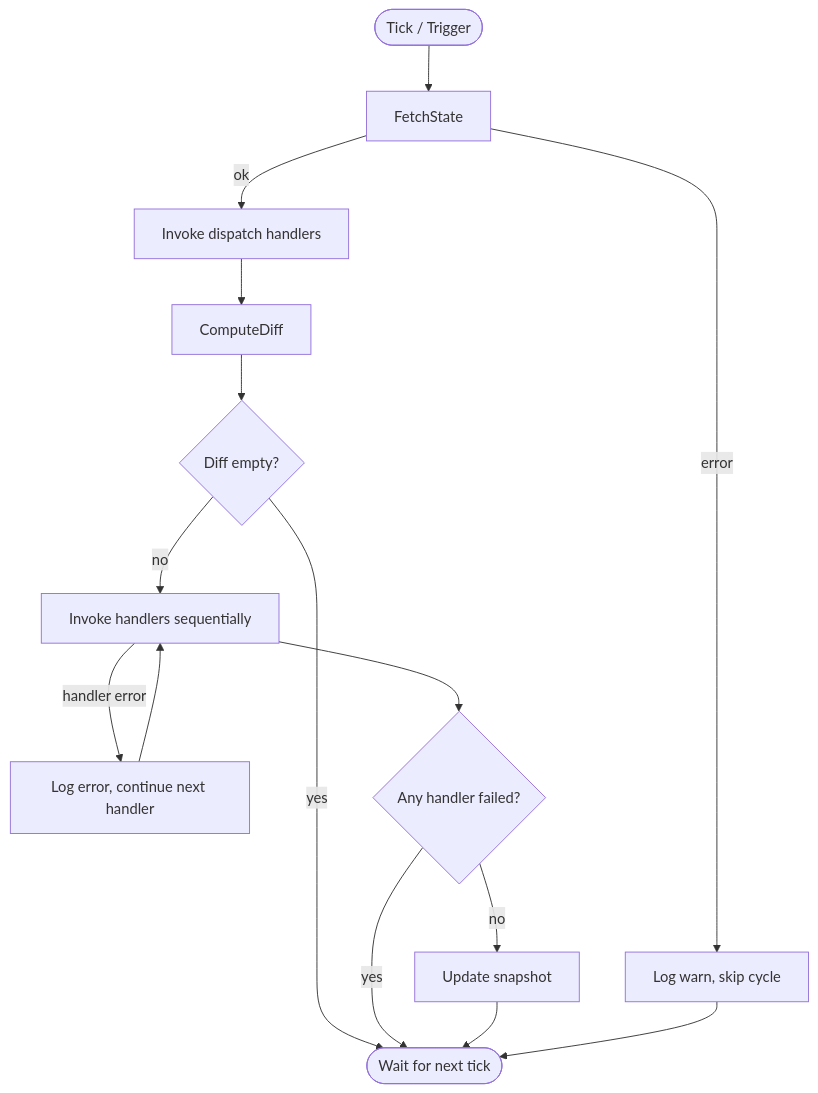
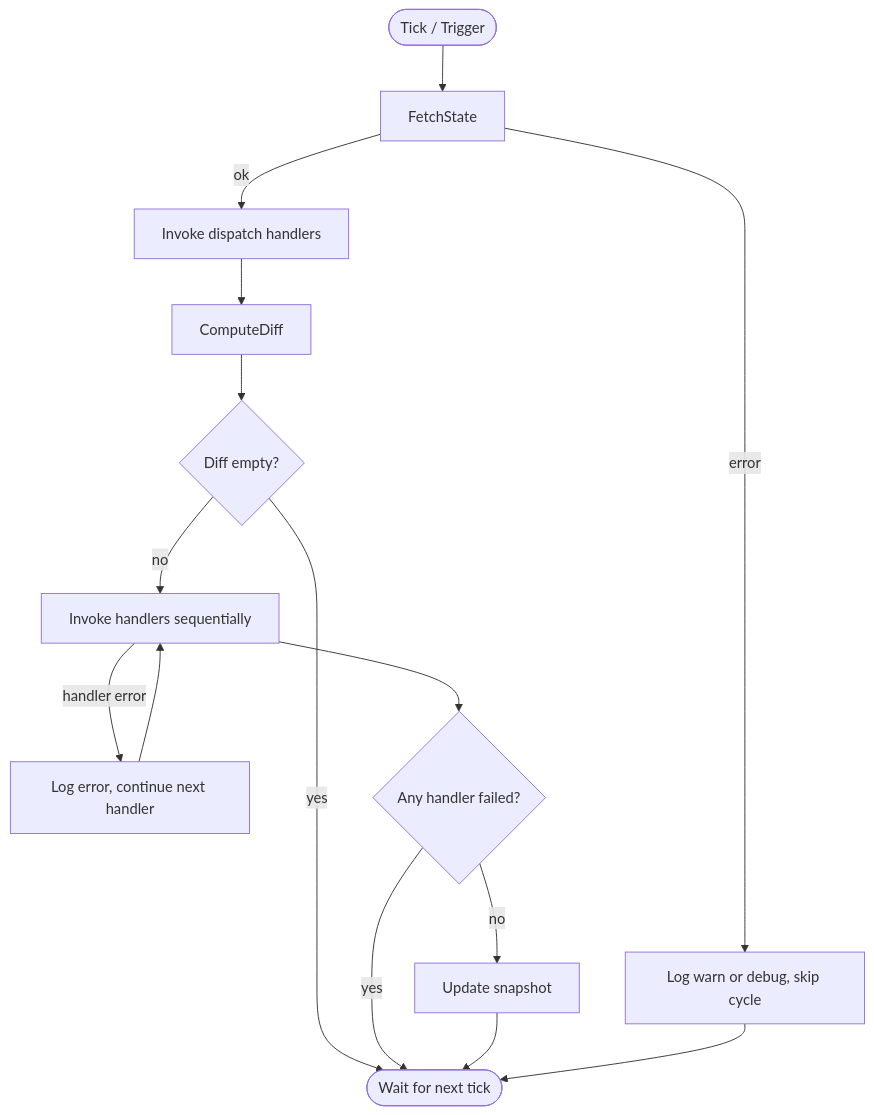
The diagram in docs/reference/core/reconciliation.md (plexsphere/plexd), drawn with Mermaid before and after one commit. The commit also changed other lines of this file and 16 other files, not shown here.

````diff
--- a/docs/reference/core/reconciliation.md
+++ b/docs/reference/core/reconciliation.md
@@ -129,17 +129,17 @@
 ```mermaid
 flowchart TD
     START([Tick / Trigger]) --> FETCH[FetchState]
-    FETCH -->|error| SKIP_ERR[Log warn, skip cycle]
+    FETCH -->|error| SKIP_ERR[Log warn or debug, skip cycle]
     FETCH -->|ok| DISPATCH[Invoke dispatch handlers]
     DISPATCH --> DIFF[ComputeDiff]
     DIFF --> EMPTY{Diff empty?}
     EMPTY -->|yes| DONE([Wait for next tick])
     EMPTY -->|no| HANDLERS[Invoke handlers sequentially]
     HANDLERS -->|handler error| LOG_ERR[Log error, continue next handler]
     LOG_ERR --> HANDLERS
     HANDLERS --> FAILED{Any handler failed?}
     FAILED -->|yes| DONE
     FAILED -->|no| SNAPSHOT[Update snapshot]
     SNAPSHOT --> DONE
     SKIP_ERR --> DONE
 ```
````
